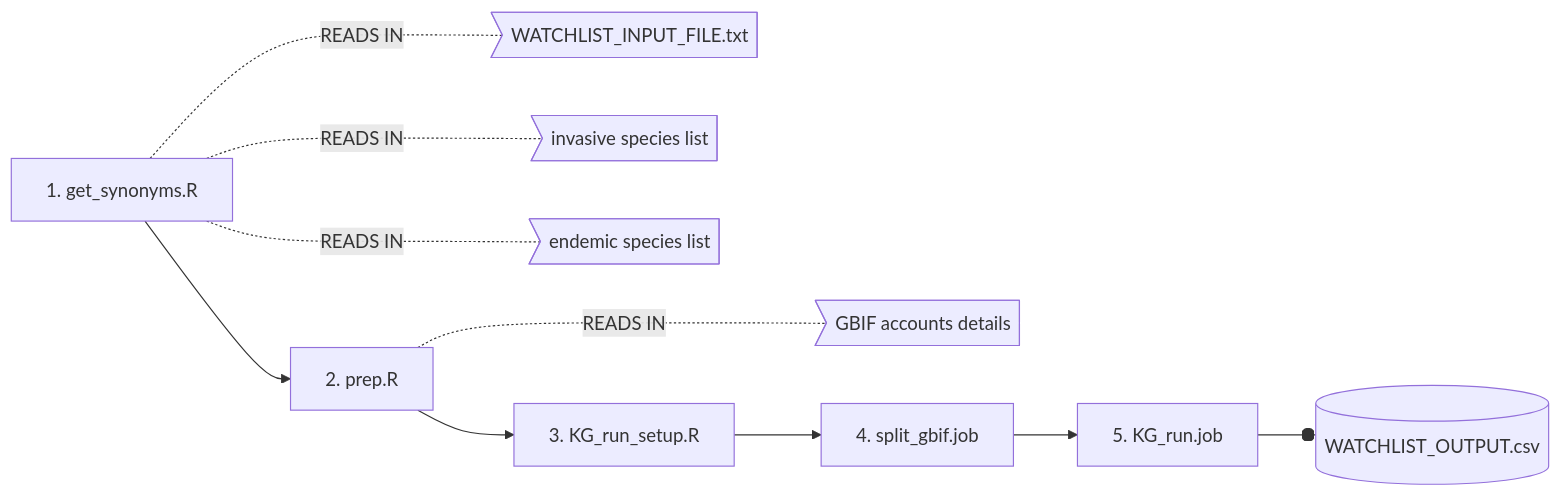
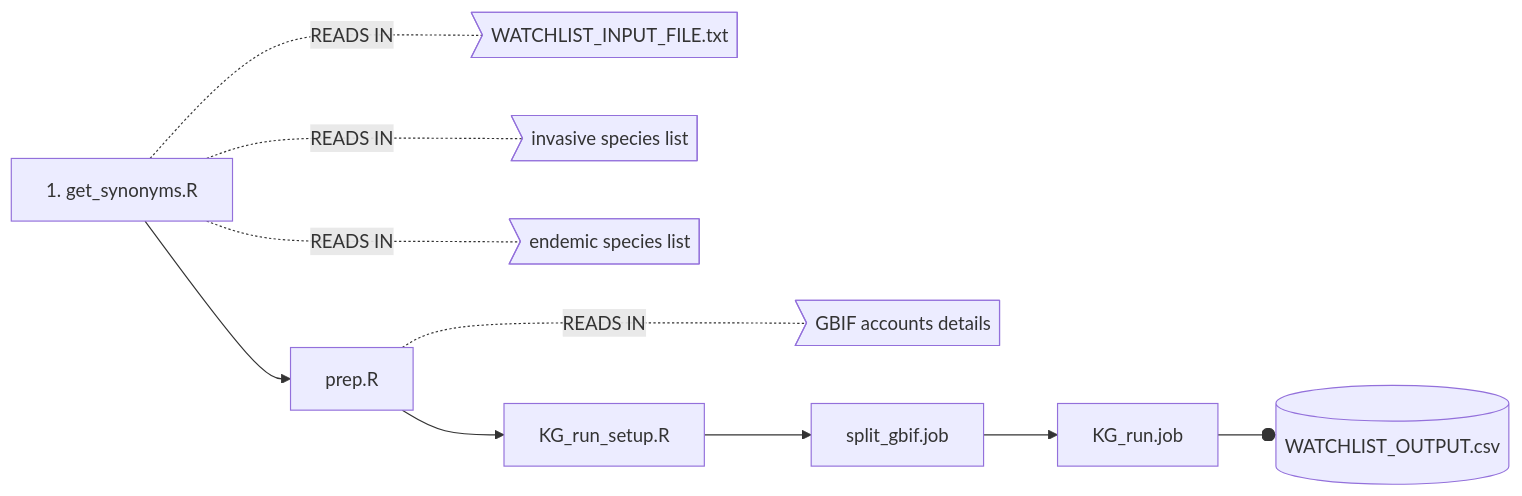
Before and after one commit to clarkevansteenderen/KG_watchlist_parallel: the diagram in README.md, drawn with Mermaid.

````diff
--- a/README.md
+++ b/README.md
@@ -44,10 +44,10 @@
 ```mermaid
   graph LR;
-      A[1. get_synonyms.R] --> B[2. prep.R]
+      A[1. get_synonyms.R] --> B[prep.R]
       A -..- |READS IN| C>WATCHLIST_INPUT_FILE.txt] & D>invasive species list] & E>endemic species list] 
       B -..- |READS IN| F>GBIF accounts details]
-      B --> G[3. KG_run_setup.R]
-      G --> H[4. split_gbif.job]
-      H --> I[5. KG_run.job]
+      B --> G[KG_run_setup.R]
+      G --> H[split_gbif.job]
+      H --> I[KG_run.job]
       I--o J[(WATCHLIST_OUTPUT.csv)]
 ```
````
